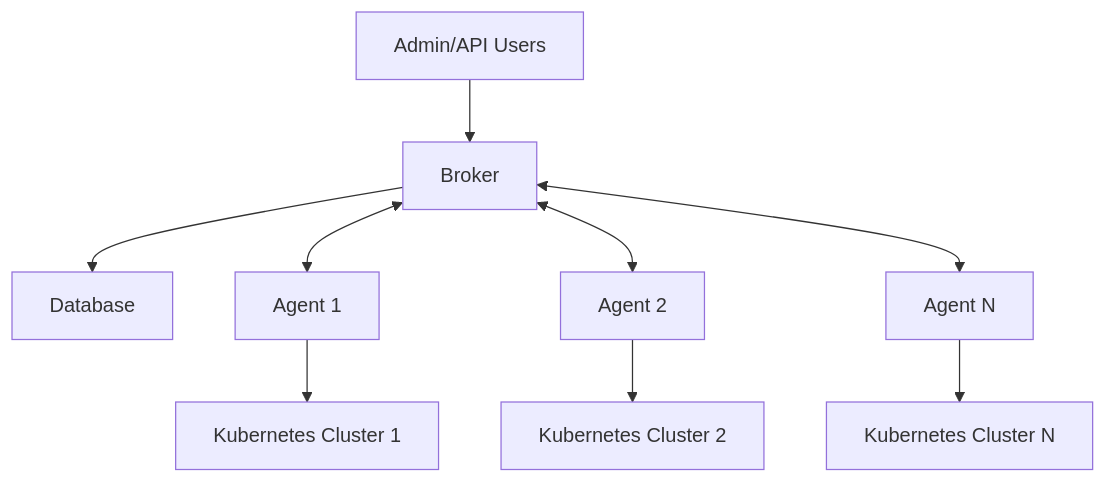
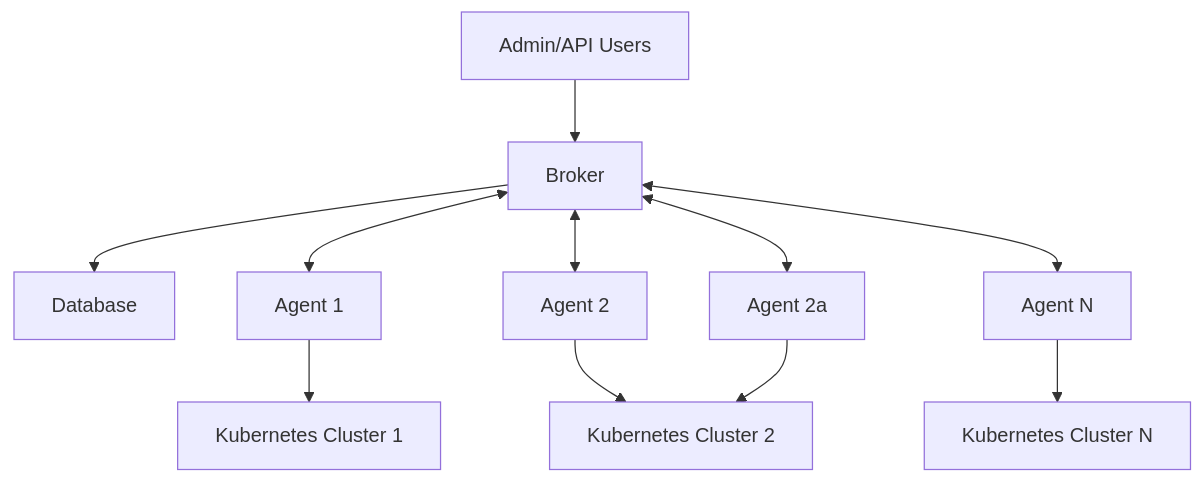
Before and after one commit to colliery-io/brokkr: the first of 4 diagrams in README.md, drawn with Mermaid. The commit also changed other lines of this file and 2 other files, not shown here.

````diff
--- a/README.md
+++ b/README.md
@@ -28,11 +28,13 @@
 ```mermaid
 graph TD
     A[Admin/API Users] --> B[Broker]
     B --> C[Database]
     B <--> D[Agent 1]
     B <--> E[Agent 2]
+    B <--> J[Agent 2a]
     B <--> F[Agent N]
     D --> G[Kubernetes Cluster 1]
     E --> H[Kubernetes Cluster 2]
+    J --> H[Kubernetes Cluster 2]
     F --> I[Kubernetes Cluster N]
 ```
````
